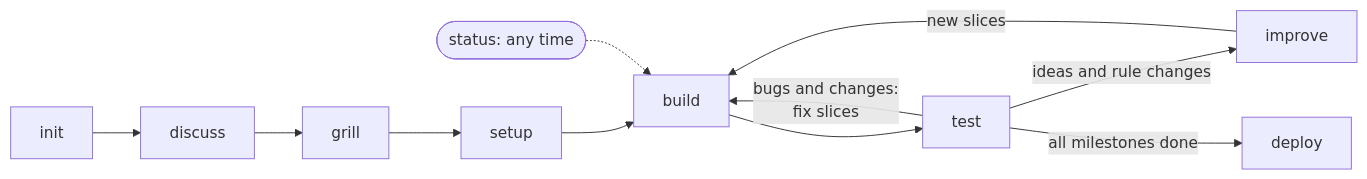
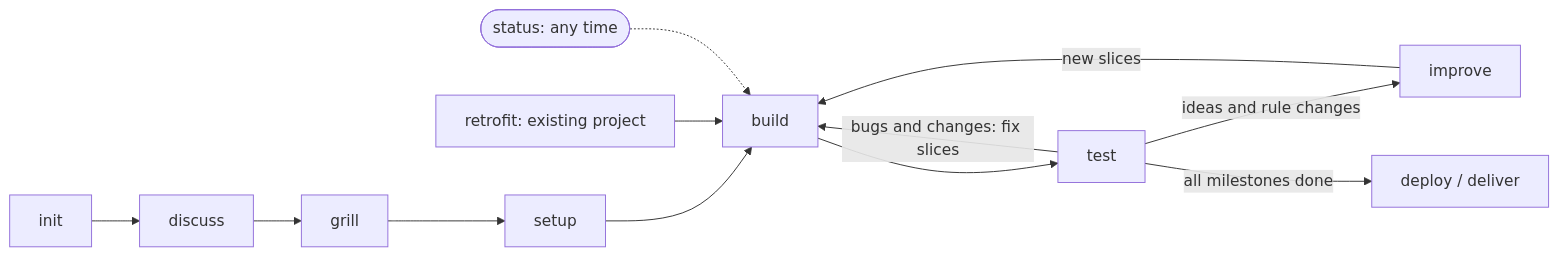
One commit to STARESO/stareso-workflow changed the diagram in README.md. Above: the diagram before and after it, drawn with Mermaid. The commit also changed other lines of this file and 73 other files, not shown here.

````diff
--- a/README.md
+++ b/README.md
@@ -19,10 +20,11 @@
 ```mermaid
 flowchart LR
     init[init] --> discuss[discuss] --> grill[grill] --> setup[setup] --> build[build]
+    retrofit[retrofit: existing project] --> build
     build --> test[test]
-    test -- "bugs and changes:<br/>fix slices" --> build
+    test -- "bugs and changes: fix slices" --> build
     test -- "ideas and rule changes" --> improve[improve]
     improve -- "new slices" --> build
-    test -- "all milestones done" --> deploy[deploy]
+    test -- "all milestones done" --> deploy[deploy / deliver]
     status([status: any time]) -.-> build
 ```
````
